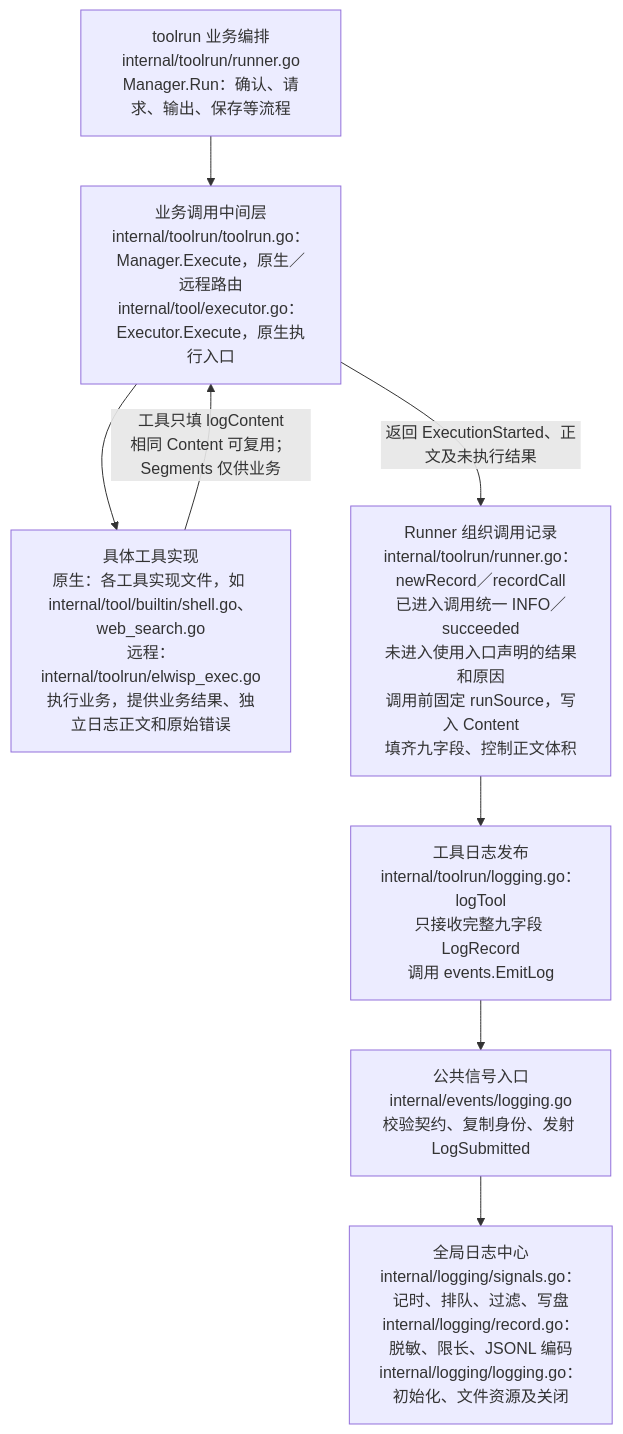
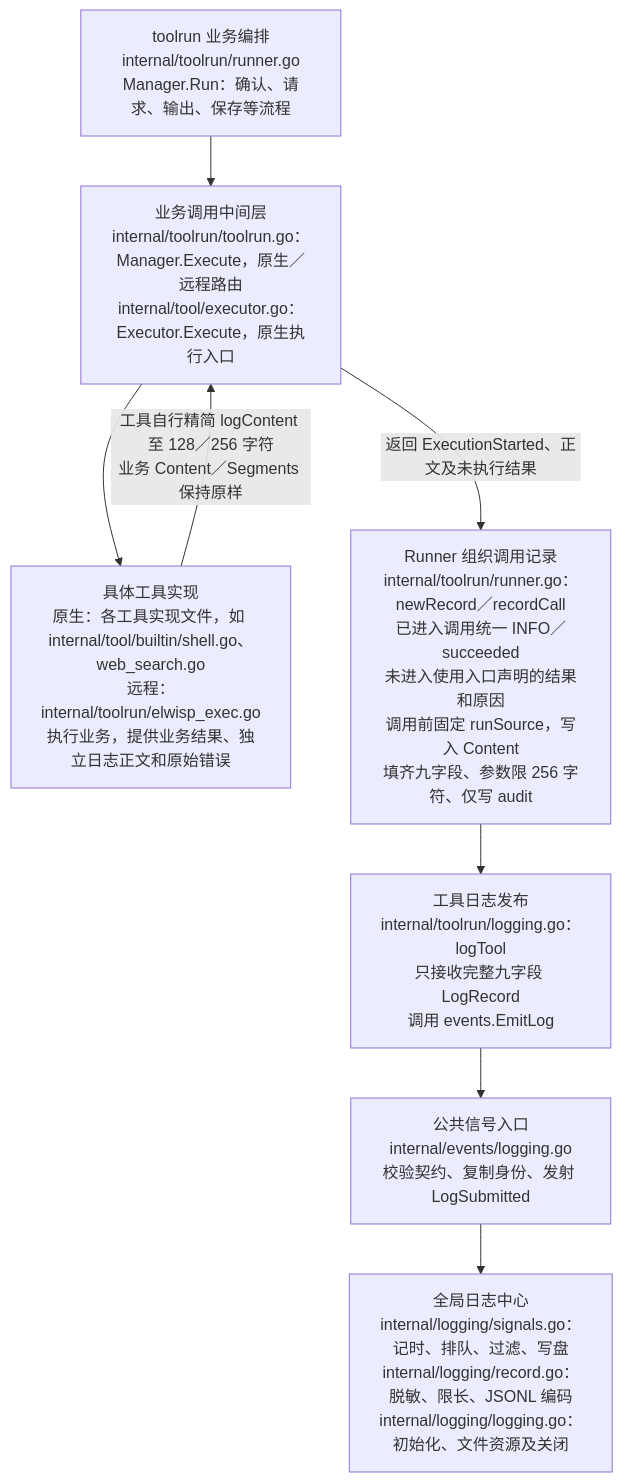
Before and after one commit to Elflare/elbot: the third of 5 diagrams in devdocs/signals-and-logging.md, drawn with Mermaid. The commit also changed other lines of this file and 47 other files, not shown here.

````diff
--- a/devdocs/signals-and-logging.md
+++ b/devdocs/signals-and-logging.md
@@ -586,11 +590,11 @@
 ```mermaid
 flowchart TD
     A["toolrun 业务编排<br/>internal/toolrun/runner.go<br/>Manager.Run：确认、请求、输出、保存等流程"]
     A --> B["业务调用中间层<br/>internal/toolrun/toolrun.go：Manager.Execute，原生／远程路由<br/>internal/tool/executor.go：Executor.Execute，原生执行入口"]
     B --> C["具体工具实现<br/>原生：各工具实现文件，如 internal/tool/builtin/shell.go、web_search.go<br/>远程：internal/toolrun/elwisp_exec.go<br/>执行业务，提供业务结果、独立日志正文和原始错误"]
-    C -->|"工具只填 logContent<br/>相同 Content 可复用；Segments 仅供业务"| B
-    B -->|"返回 ExecutionStarted、正文及未执行结果"| D["Runner 组织调用记录<br/>internal/toolrun/runner.go：newRecord／recordCall<br/>已进入调用统一 INFO／succeeded<br/>未进入使用入口声明的结果和原因<br/>调用前固定 runSource，写入 Content<br/>填齐九字段、控制正文体积"]
+    C -->|"工具自行精简 logContent 至 128／256 字符<br/>业务 Content／Segments 保持原样"| B
+    B -->|"返回 ExecutionStarted、正文及未执行结果"| D["Runner 组织调用记录<br/>internal/toolrun/runner.go：newRecord／recordCall<br/>已进入调用统一 INFO／succeeded<br/>未进入使用入口声明的结果和原因<br/>调用前固定 runSource，写入 Content<br/>填齐九字段、参数限 256 字符、仅写 audit"]
     D --> E["工具日志发布<br/>internal/toolrun/logging.go：logTool<br/>只接收完整九字段 LogRecord<br/>调用 events.EmitLog"]
     E --> S["公共信号入口<br/>internal/events/logging.go<br/>校验契约、复制身份、发射 LogSubmitted"]
     S --> F["全局日志中心<br/>internal/logging/signals.go：记时、排队、过滤、写盘<br/>internal/logging/record.go：脱敏、限长、JSONL 编码<br/>internal/logging/logging.go：初始化、文件资源及关闭"]
 ```
````
